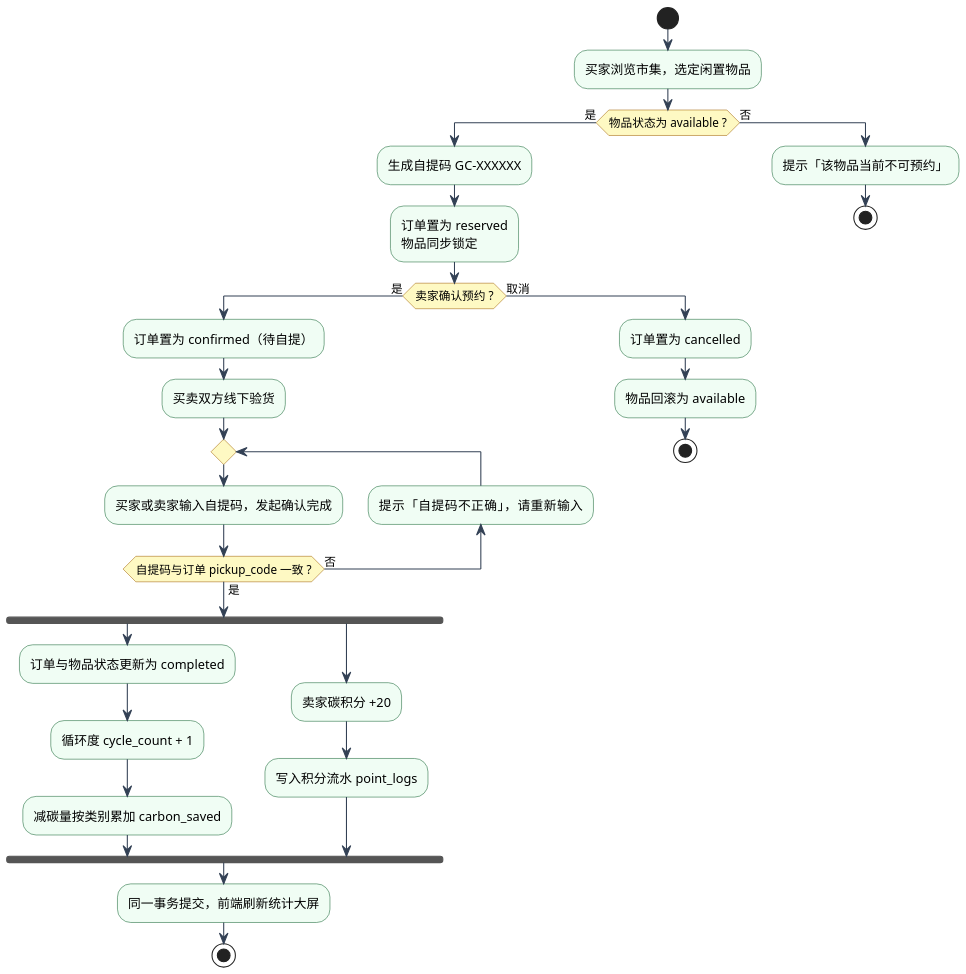
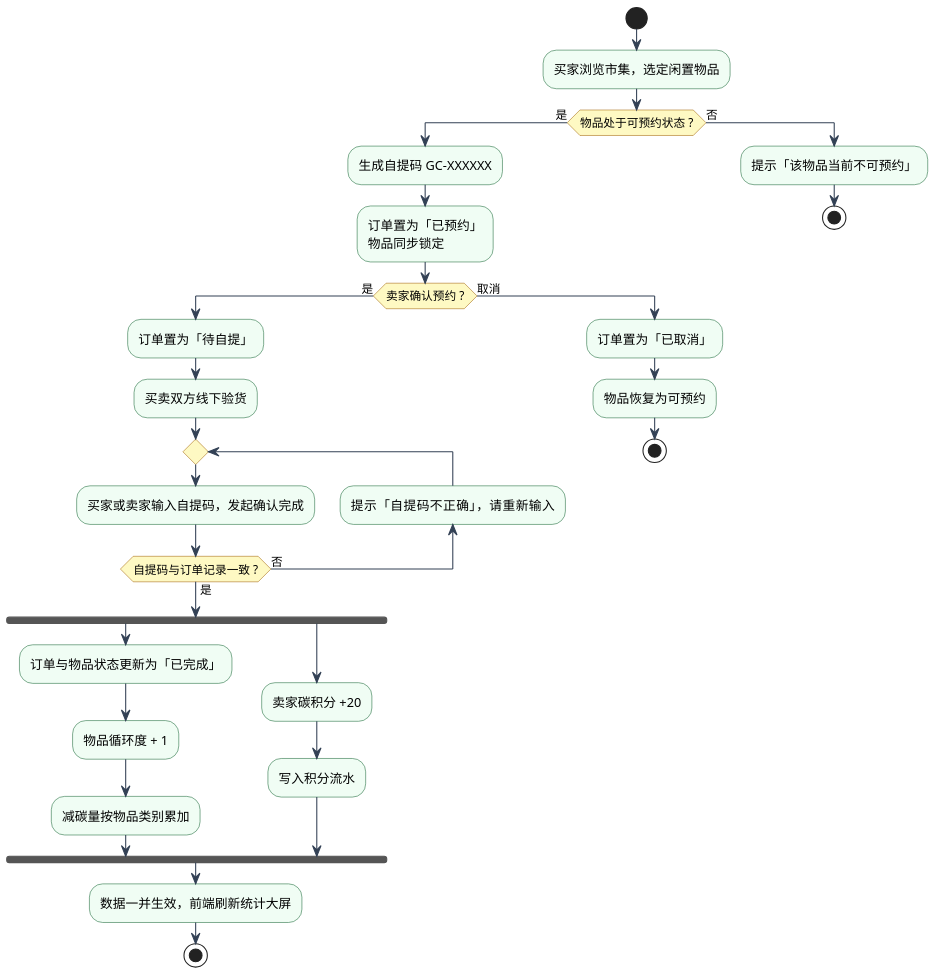
Before and after one commit to dogflydream/software-require-project-exam1: the diagram in docs/reports/puml/activity.puml, drawn with PlantUML. The commit also changed 13 other files, not shown here.

```diff
--- a/docs/reports/puml/activity.puml
+++ b/docs/reports/puml/activity.puml
@@ -1,43 +1,43 @@
 @startuml
 skinparam defaultFontName "Microsoft YaHei"
 skinparam dpi 150
 skinparam shadowing false
 skinparam activity {
   BackgroundColor #F0FDF4
   BorderColor #166534
   ArrowColor #334155
   DiamondBackgroundColor #FEF9C3
   DiamondBorderColor #A16207
 }
 start
 :买家浏览市集，选定闲置物品;
-if (物品状态为 available ?) then (是)
+if (物品处于可预约状态 ?) then (是)
   :生成自提码 GC-XXXXXX;
-  :订单置为 reserved\n物品同步锁定;
+  :订单置为「已预约」\n物品同步锁定;
   if (卖家确认预约 ?) then (是)
-    :订单置为 confirmed（待自提）;
+    :订单置为「待自提」;
     :买卖双方线下验货;
     repeat
       :买家或卖家输入自提码，发起确认完成;
       backward :提示「自提码不正确」，请重新输入;
-    repeat while (自提码与订单 pickup_code 一致 ?) is (否) not (是)
+    repeat while (自提码与订单记录一致 ?) is (否) not (是)
     fork
-      :订单与物品状态更新为 completed;
-      :循环度 cycle_count + 1;
-      :减碳量按类别累加 carbon_saved;
+      :订单与物品状态更新为「已完成」;
+      :物品循环度 + 1;
+      :减碳量按物品类别累加;
     fork again
       :卖家碳积分 +20;
-      :写入积分流水 point_logs;
+      :写入积分流水;
     end fork
-    :同一事务提交，前端刷新统计大屏;
+    :数据一并生效，前端刷新统计大屏;
     stop
   else (取消)
-    :订单置为 cancelled;
-    :物品回滚为 available;
+    :订单置为「已取消」;
+    :物品恢复为可预约;
     stop
   endif
 else (否)
   :提示「该物品当前不可预约」;
   stop
 endif
 @enduml
```
